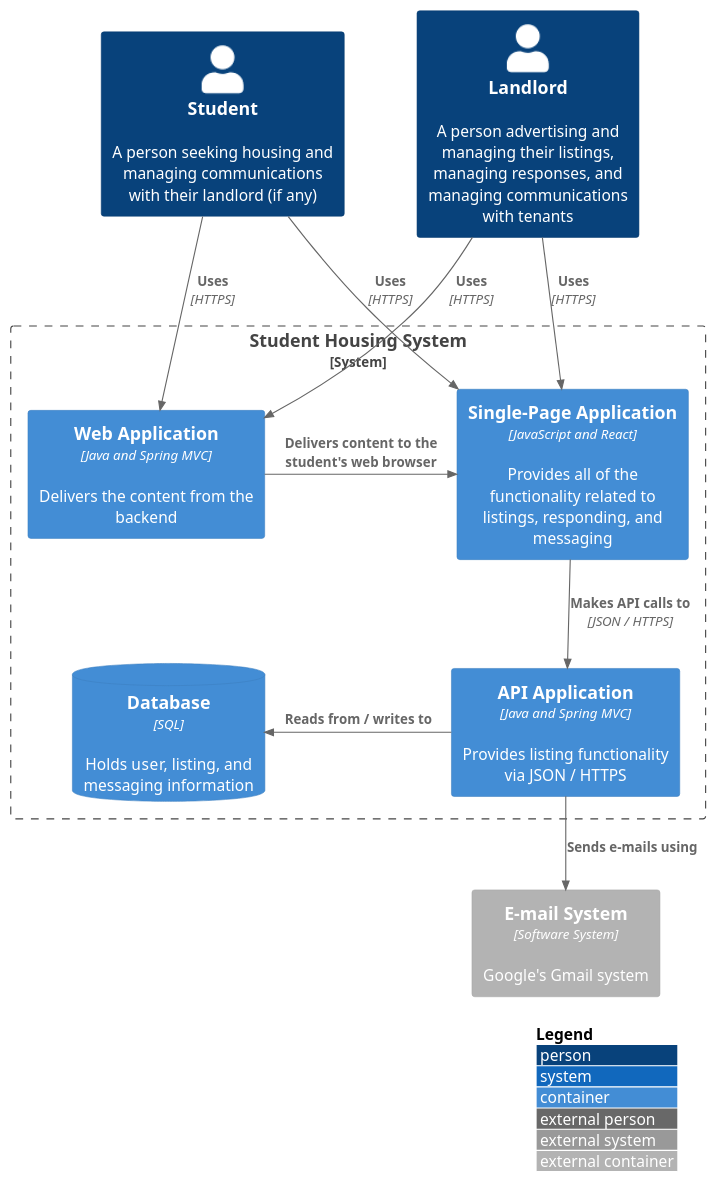
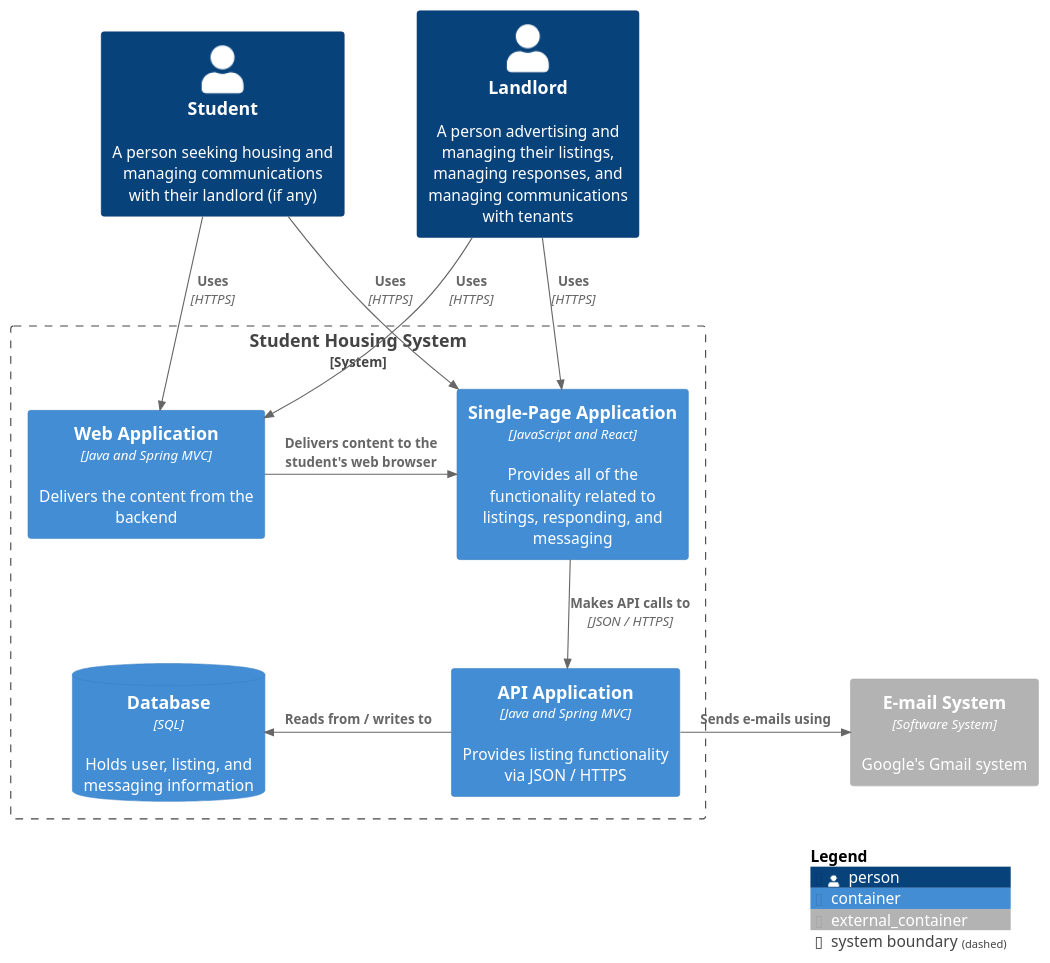
The diagram in docs/uml-diagrams/c2-diagram.puml (lex-kort/s3-roomies-backend), drawn with PlantUML before and after one commit. The commit also changed 2 other files, not shown here.

Commit message:
Update C4 diagrams

```diff
--- a/docs/uml-diagrams/c2-diagram.puml
+++ b/docs/uml-diagrams/c2-diagram.puml
@@ -1,30 +1,28 @@
 @startuml "C2 Diagram"
 !include https://raw.githubusercontent.com/plantuml-stdlib/C4-PlantUML/master/C4_Container.puml
-
-LAYOUT_WITH_LEGEND()
-
-AddRelTag("dashedLine", $lineStyle=DashedLine())
 
 Person(student, "Student", "A person seeking housing and managing communications with their landlord (if any)")
 Person(landlord, "Landlord", "A person advertising and managing their listings, managing responses, and managing communications with tenants")
 
 System_Boundary(c2,  "Student Housing System", "Software System"){
     Container(web_app, "Web Application", "Java and Spring MVC", "Delivers the content from the backend") 
     Container(sp_app, "Single-Page Application", "JavaScript and React", "Provides all of the functionality related to listings, responding, and messaging")
     Container(api_app, "API Application", "Java and Spring MVC", "Provides listing functionality via JSON / HTTPS")
     ContainerDb(db, "Database", "SQL", "Holds user, listing, and messaging information")
 }
 
 Container_Ext(mail_serv, "E-mail System", "Software System", "Google's Gmail system")
 
 Rel(student, web_app, "Uses", "HTTPS") /'Visits studenthousing.com using'/
 Rel(student, sp_app, "Uses", "HTTPS") /'Views listings, responds to listings, and messages landlords using'/
 
 Rel(landlord, web_app, "Uses", "HTTPS") /'Visits studenthousing.com using'/
 Rel(landlord, sp_app, "Uses", "HTTPS") /'Views listings, responds to listings, and messages landlords using'/
 
 Rel_R(web_app, sp_app, "Delivers content to the student's web browser")
 Rel(sp_app, api_app, "Makes API calls to", "JSON / HTTPS")
 Rel_L(api_app, db, "Reads from / writes to")
-Rel(api_app, mail_serv, "Sends e-mails using")
+Rel_R(api_app, mail_serv, "Sends e-mails using")
+
+SHOW_LEGEND()
 @enduml
```
